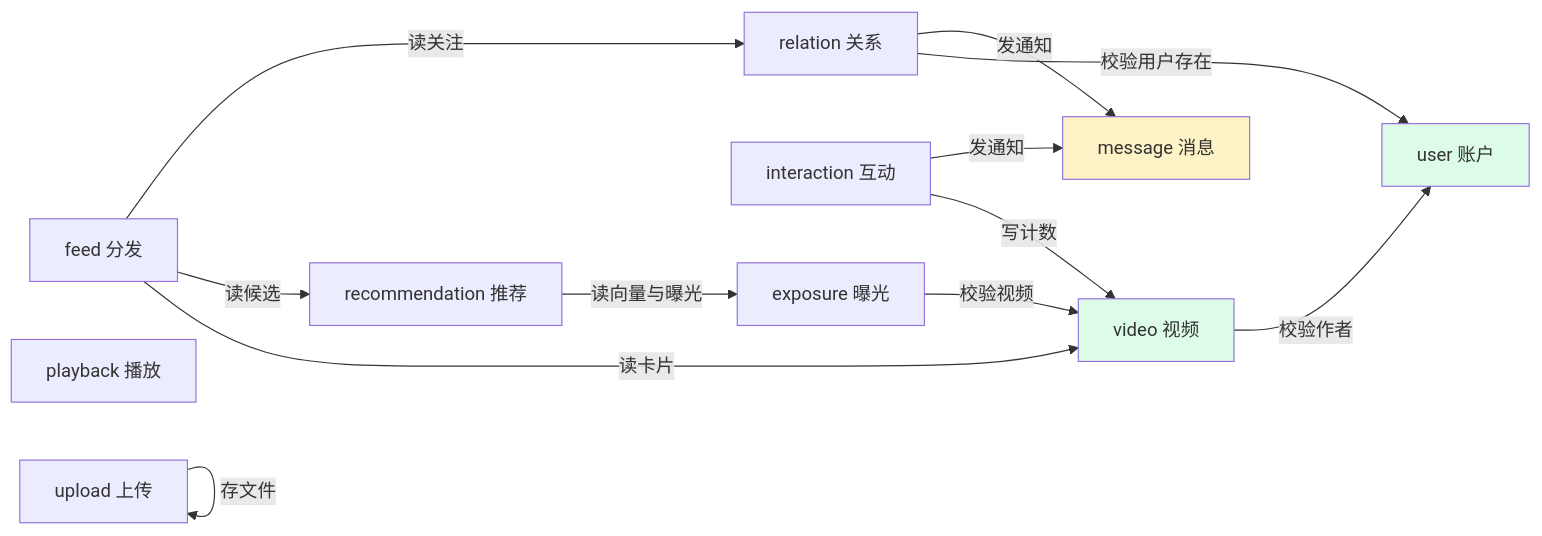
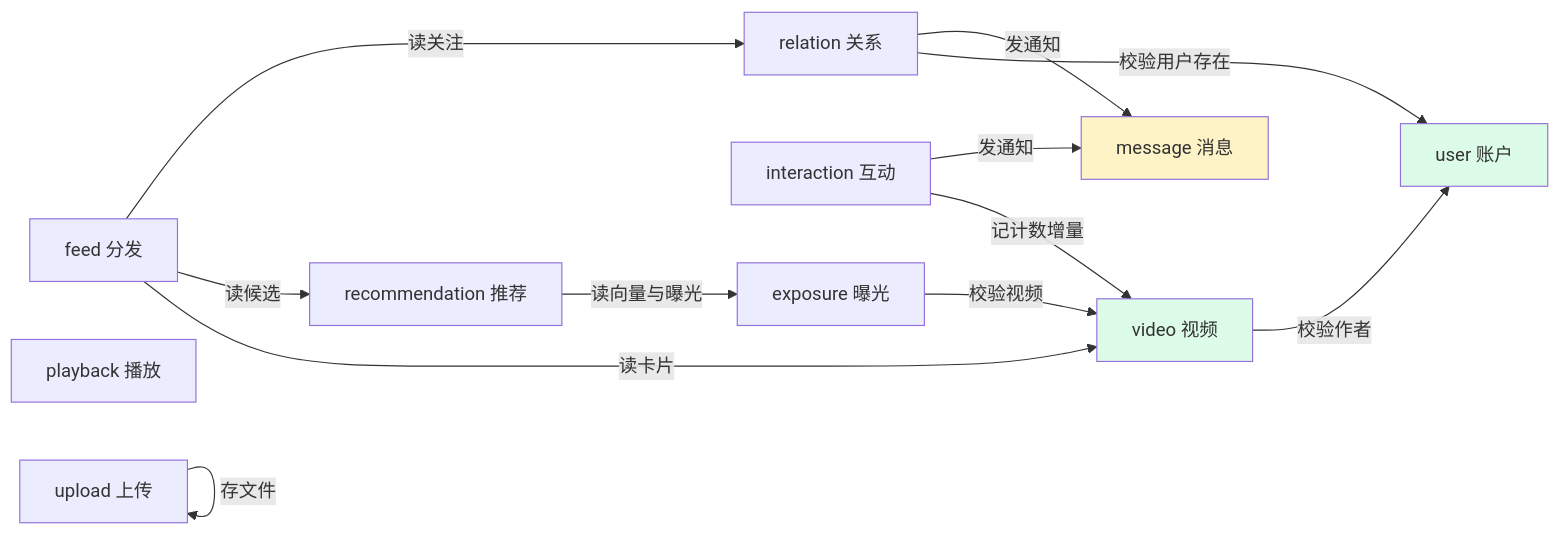
One commit to gmjneko/GCFeed-Java changed the third of 4 diagrams in docs/00-总体架构设计.md. Above: the diagram before and after it, drawn with Mermaid. The commit also changed other lines of this file and 42 other files, not shown here.

````diff
--- a/docs/00-总体架构设计.md
+++ b/docs/00-总体架构设计.md
@@ -173,29 +173,29 @@
 ```mermaid
 flowchart LR
     user["user 账户"]
     relation["relation 关系"]
     video["video 视频"]
     interaction["interaction 互动"]
     feed["feed 分发"]
     reco["recommendation 推荐"]
     exposure["exposure 曝光"]
     message["message 消息"]
     playback["playback 播放"]
     upload["upload 上传"]
 
     relation -->|"校验用户存在"| user
     video -->|"校验作者"| user
-    interaction -->|"写计数"| video
+    interaction -->|"记计数增量"| video
     interaction -->|"发通知"| message
     relation -->|"发通知"| message
     feed -->|"读卡片"| video
     feed -->|"读候选"| reco
     feed -->|"读关注"| relation
     reco -->|"读向量与曝光"| exposure
     exposure -->|"校验视频"| video
     upload -->|"存文件"| upload
 
     style user fill:#DCFCE7
     style video fill:#DCFCE7
     style message fill:#FEF3C7
 ```
````
